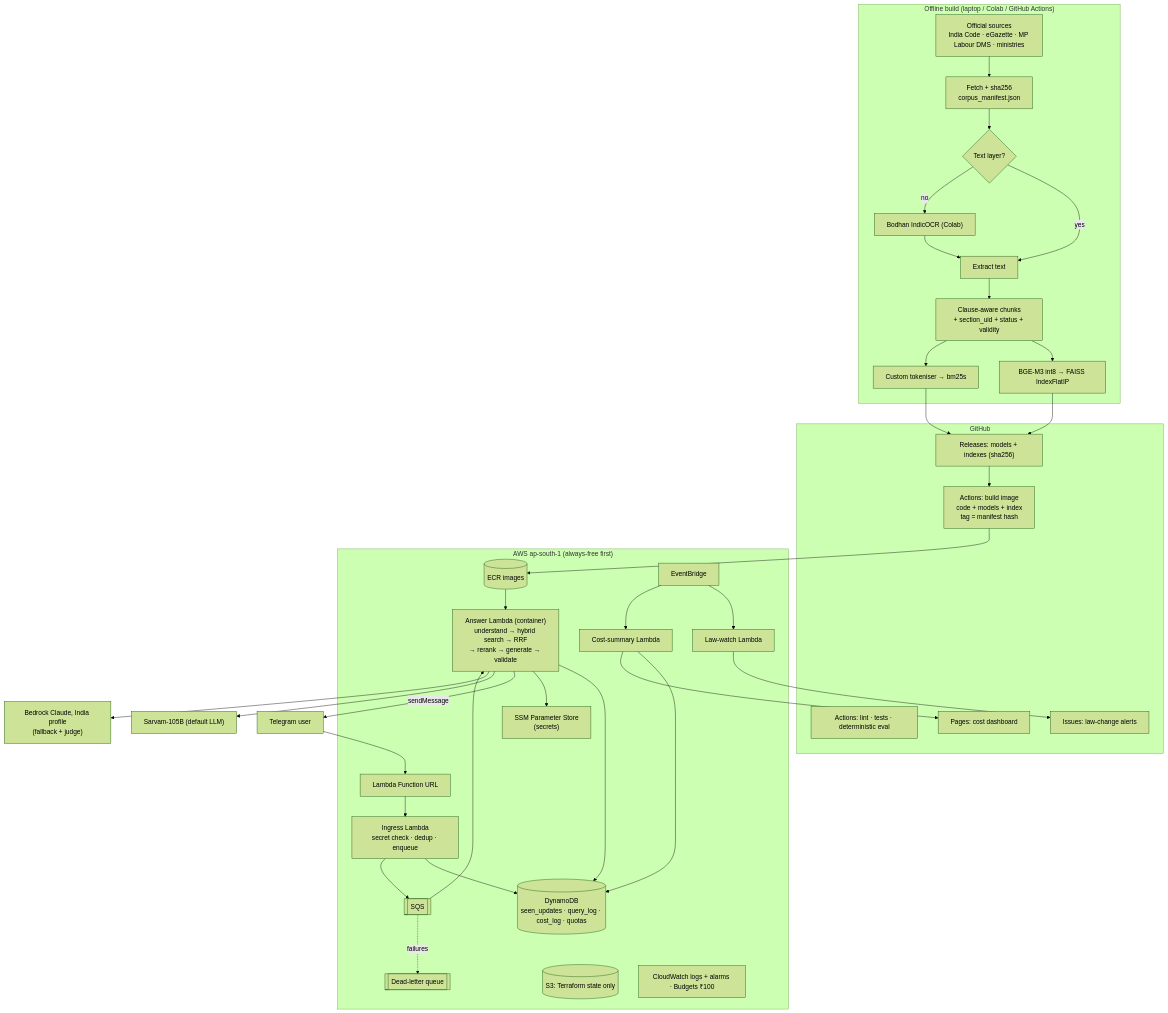
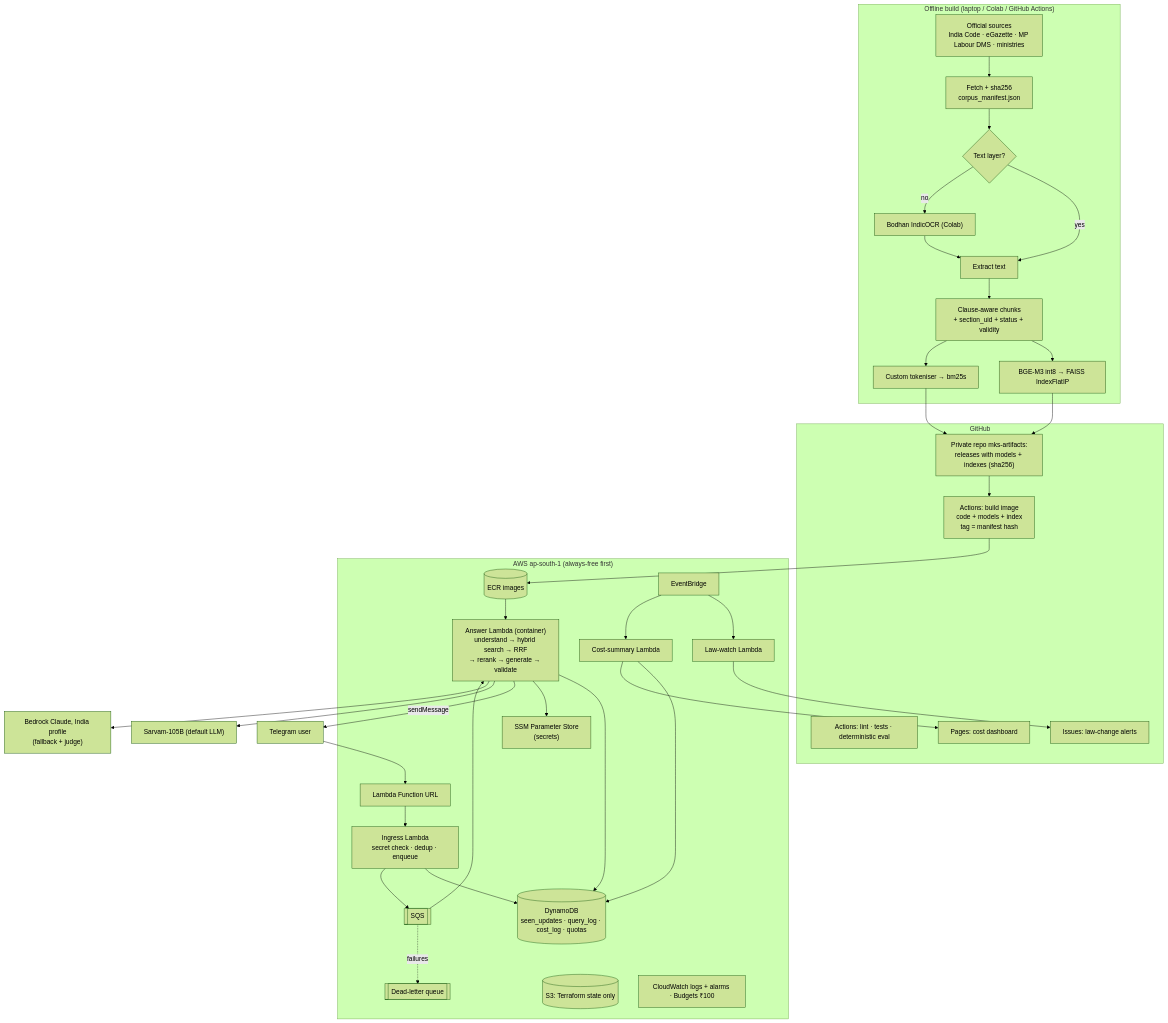
The diagram in docs/ARCHITECTURE.md (ajinendra05/Madhya-Kanoon-Saathi), drawn with Mermaid (forest theme) before and after one commit. The commit also changed other lines of this file and 2 other files, not shown here.

Commit message:
docs: artifacts in private repo mks-artifacts (DEC-085)

````diff
--- a/docs/ARCHITECTURE.md
+++ b/docs/ARCHITECTURE.md
@@ -6,49 +6,49 @@
 ```mermaid
 flowchart TB
     subgraph OFF["Offline build (laptop / Colab / GitHub Actions)"]
         SRC["Official sources<br/>India Code · eGazette · MP Labour DMS · ministries"] --> FETCH["Fetch + sha256<br/>corpus_manifest.json"]
         FETCH --> TXT{"Text layer?"}
         TXT -- yes --> PARSE["Extract text"]
         TXT -- no --> OCR["Bodhan IndicOCR (Colab)"]
         OCR --> PARSE
         PARSE --> CHUNK["Clause-aware chunks<br/>+ section_uid + status + validity"]
         CHUNK --> EMB["BGE-M3 int8 → FAISS IndexFlatIP"]
         CHUNK --> BM["Custom tokeniser → bm25s"]
     end
 
     subgraph CI["GitHub"]
         GHA["Actions: lint · tests · deterministic eval"]
-        REL["Releases: models + indexes (sha256)"]
+        REL["Private repo mks-artifacts:<br/>releases with models + indexes (sha256)"]
         BUILD["Actions: build image<br/>code + models + index<br/>tag = manifest hash"]
         PAGES["Pages: cost dashboard"]
         ISSUE["Issues: law-change alerts"]
     end
 
     EMB --> REL
     BM --> REL
     REL --> BUILD
 
     subgraph AWS["AWS ap-south-1 (always-free first)"]
         URL["Lambda Function URL"] --> ING["Ingress Lambda<br/>secret check · dedup · enqueue"]
         ING --> DDB[("DynamoDB<br/>seen_updates · query_log · cost_log · quotas")]
         ING --> SQS[["SQS"]]
         SQS --> ANS["Answer Lambda (container)<br/>understand → hybrid search → RRF<br/>→ rerank → generate → validate"]
         SQS -. failures .-> DLQ[["Dead-letter queue"]]
         ANS --> DDB
         ANS --> SSM["SSM Parameter Store<br/>(secrets)"]
         ECR[("ECR images")] --> ANS
         S3[("S3: Terraform state only")]
         EB["EventBridge"] --> LW["Law-watch Lambda"]
         EB --> CS["Cost-summary Lambda"]
         CS --> DDB
         CW["CloudWatch logs + alarms · Budgets ₹100"]
     end
 
     BUILD --> ECR
     TG["Telegram user"] --> URL
     ANS -- "sendMessage" --> TG
     ANS --> SARVAM["Sarvam-105B (default LLM)"]
     ANS --> BEDROCK["Bedrock Claude, India profile<br/>(fallback + judge)"]
     LW --> ISSUE
     CS --> PAGES
 ```
````
